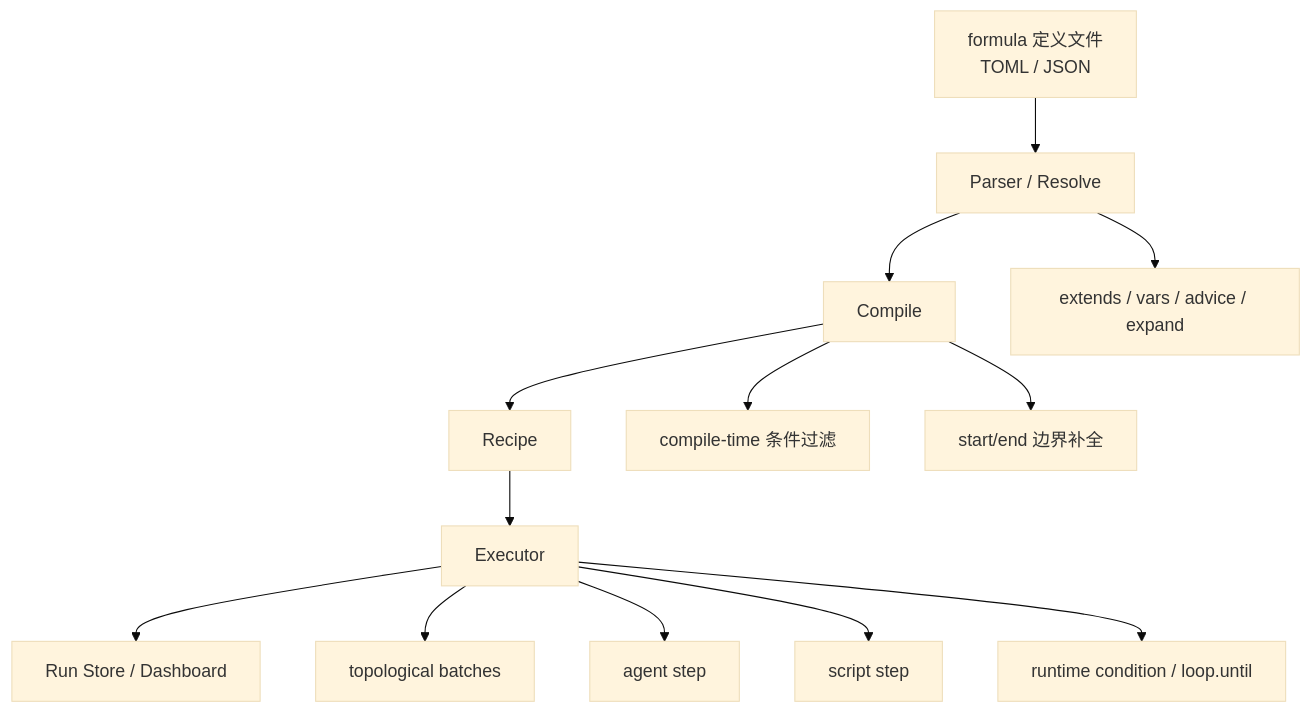
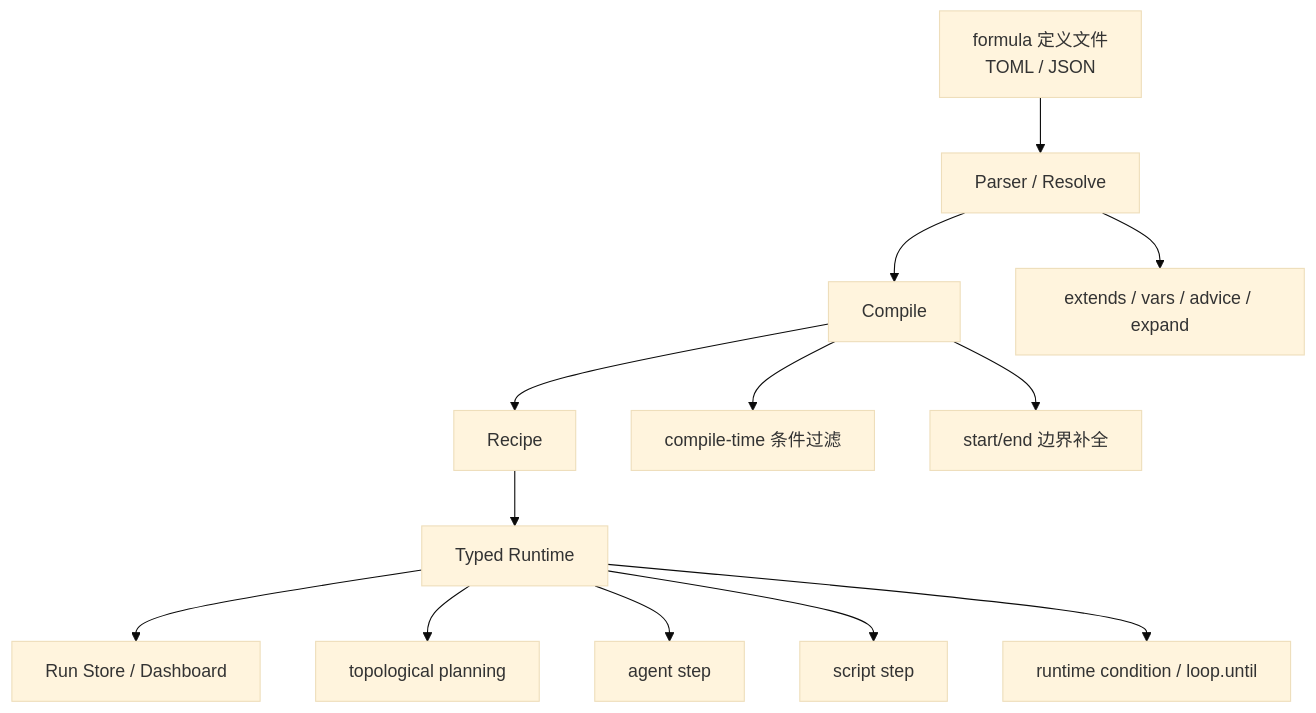
The seventh of 7 diagrams in ai-docs/architecture.md (sjzsdu/tt), drawn with Mermaid (base theme) before and after one commit. The commit also changed other lines of this file and 5 other files, not shown here.

Commit message:
docs(formula): update typed runtime architecture

````diff
--- a/ai-docs/architecture.md
+++ b/ai-docs/architecture.md
@@ -172,16 +172,16 @@
 ```mermaid
 flowchart TD
     A[formula 定义文件\nTOML / JSON] --> B[Parser / Resolve]
     B --> C[Compile]
     C --> D[Recipe]
-    D --> E[Executor]
+    D --> E[Typed Runtime]
     E --> F[Run Store / Dashboard]
 
     B --> B1[extends / vars / advice / expand]
     C --> C1[compile-time 条件过滤]
     C --> C2[start/end 边界补全]
-    E --> E1[topological batches]
+    E --> E1[topological planning]
     E --> E2[agent step]
     E --> E3[script step]
     E --> E4[runtime condition / loop.until]
 ```
````
